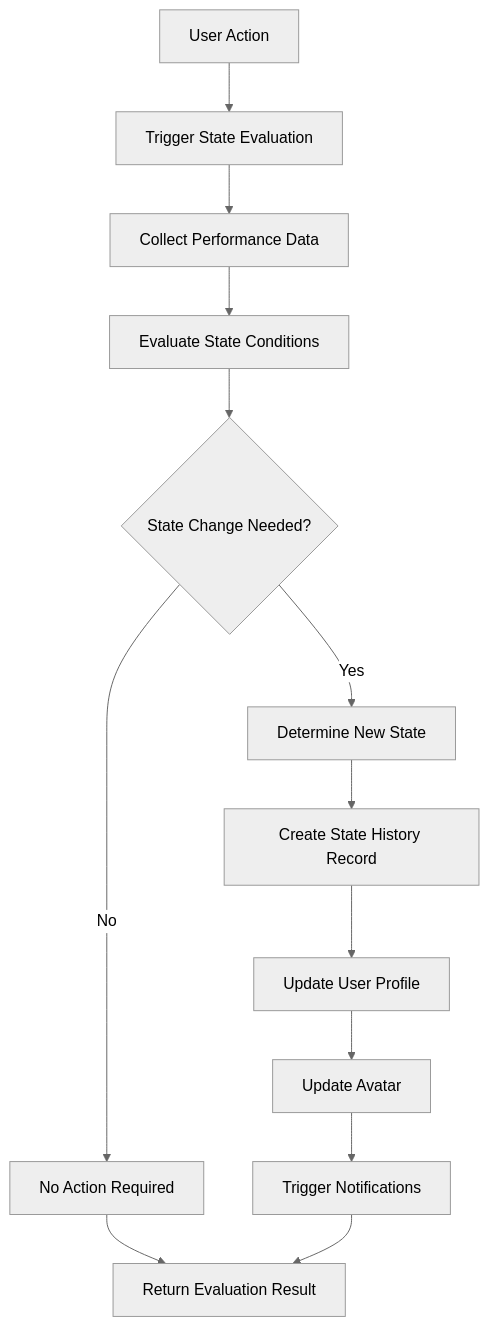
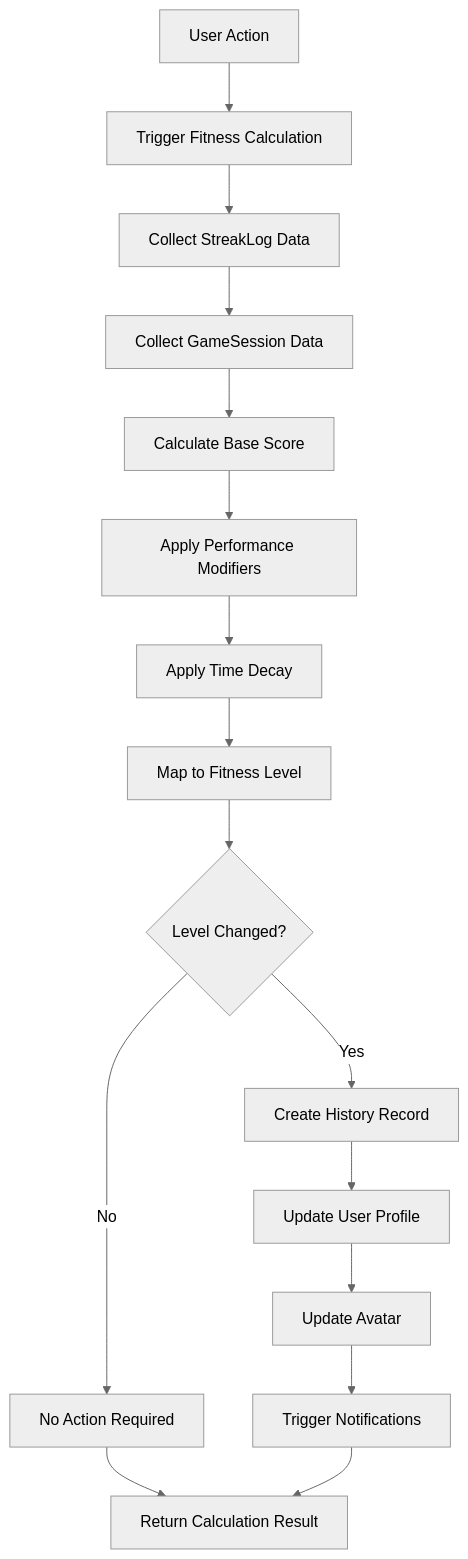
The second of 4 diagrams in game/design/low-level/avatar-progression-system.md (midearth-labs/fit-journey), drawn with Mermaid (neutral theme) before and after one commit. The commit also changed other lines of this file and 26 other files, not shown here.

Commit message:
Simplifying streak and avatar calculations by removing complex state management and just having a code-based algorithm.

````diff
--- a/game/design/low-level/avatar-progression-system.md
+++ b/game/design/low-level/avatar-progression-system.md
@@ -359,17 +307,20 @@
 ```mermaid
 flowchart TD
-    A[User Action] --> B[Trigger State Evaluation]
-    B --> C[Collect Performance Data]
-    C --> D[Evaluate State Conditions]
-    D --> E{State Change Needed?}
-    E -->|No| F[No Action Required]
-    E -->|Yes| G[Determine New State]
+    A[User Action] --> B[Trigger Fitness Calculation]
+    B --> C[Collect StreakLog Data]
+    C --> D[Collect GameSession Data]
+    D --> E[Calculate Base Score]
+    E --> F[Apply Performance Modifiers]
+    F --> G[Apply Time Decay]
+    G --> H[Map to Fitness Level]
+    H --> I{Level Changed?}
+    I -->|No| J[No Action Required]
+    I -->|Yes| K[Create History Record]
     
-    G --> H[Create State History Record]
-    H --> I[Update User Profile]
-    I --> J[Update Avatar]
-    J --> K[Trigger Notifications]
+    K --> L[Update User Profile]
+    L --> M[Update Avatar]
+    M --> N[Trigger Notifications]
     
-    F --> L[Return Evaluation Result]
-    K --> L
+    J --> O[Return Calculation Result]
+    N --> O
 ```
````
